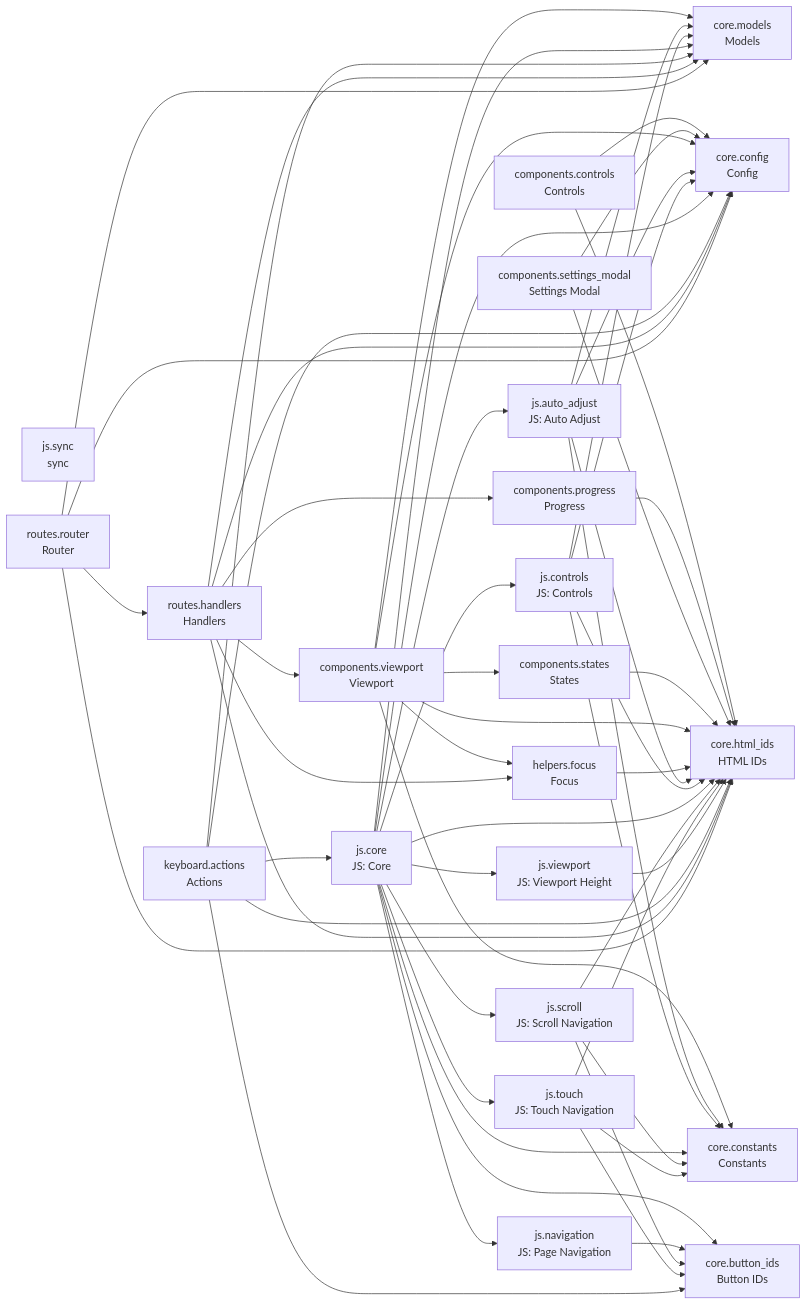
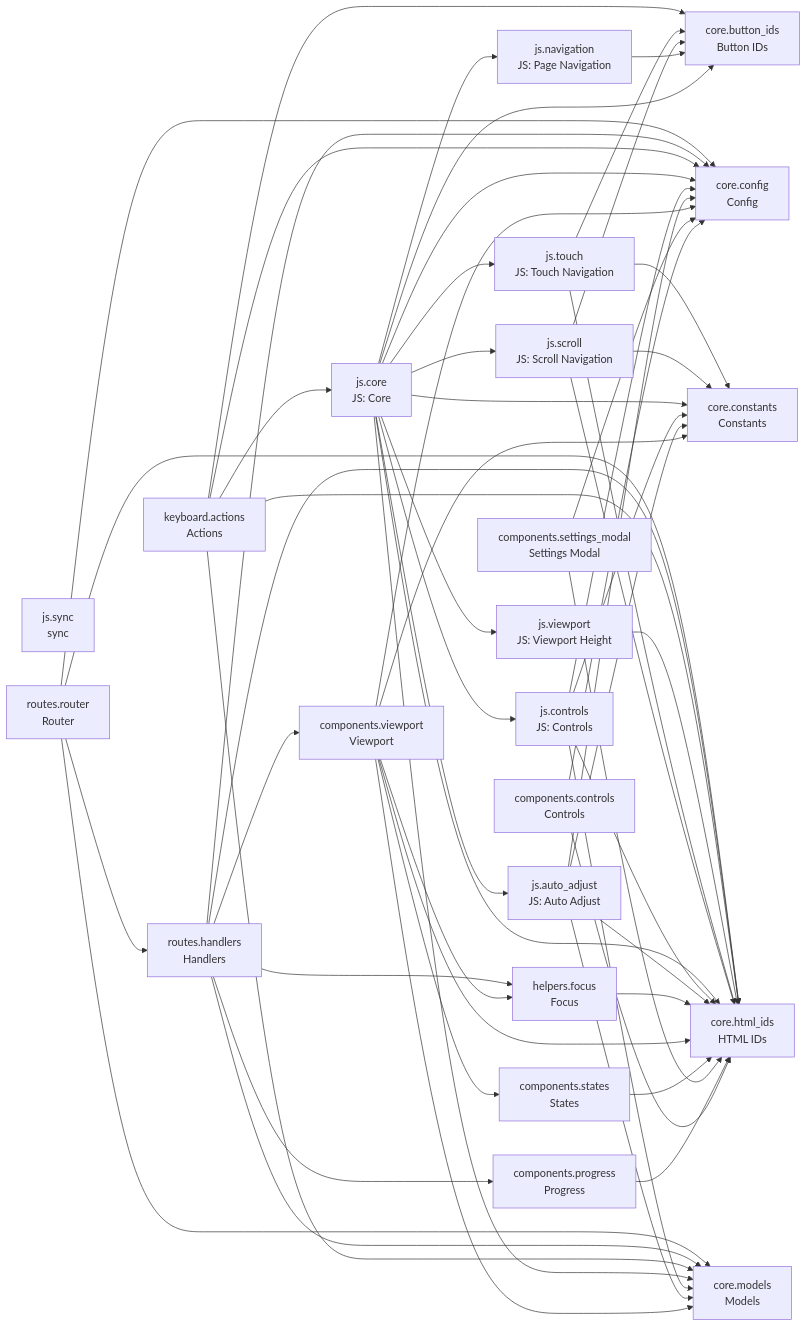
One commit to cj-mills/cjm-fasthtml-card-stack changed the diagram in README.md. Above: the diagram before and after it, drawn with Mermaid. The commit also changed other lines of this file and 10 other files, not shown here.

````diff
--- a/README.md
+++ b/README.md
@@ -48,81 +48,81 @@
 ``` mermaid
 graph LR
     components_controls[components.controls<br/>Controls]
     components_progress[components.progress<br/>Progress]
     components_settings_modal[components.settings_modal<br/>Settings Modal]
     components_states[components.states<br/>States]
     components_viewport[components.viewport<br/>Viewport]
     core_button_ids[core.button_ids<br/>Button IDs]
     core_config[core.config<br/>Config]
     core_constants[core.constants<br/>Constants]
     core_html_ids[core.html_ids<br/>HTML IDs]
     core_models[core.models<br/>Models]
     helpers_focus[helpers.focus<br/>Focus]
     js_auto_adjust[js.auto_adjust<br/>JS: Auto Adjust]
     js_controls[js.controls<br/>JS: Controls]
     js_core[js.core<br/>JS: Core]
     js_navigation[js.navigation<br/>JS: Page Navigation]
     js_scroll[js.scroll<br/>JS: Scroll Navigation]
     js_sync[js.sync<br/>sync]
     js_touch[js.touch<br/>JS: Touch Navigation]
     js_viewport[js.viewport<br/>JS: Viewport Height]
     keyboard_actions[keyboard.actions<br/>Actions]
     routes_handlers[routes.handlers<br/>Handlers]
     routes_router[routes.router<br/>Router]
 
     components_controls --> core_config
     components_controls --> core_html_ids
     components_progress --> core_html_ids
     components_settings_modal --> core_config
     components_settings_modal --> core_html_ids
     components_states --> core_html_ids
-    components_viewport --> core_constants
+    components_viewport --> core_config
+    components_viewport --> core_html_ids
     components_viewport --> core_models
     components_viewport --> helpers_focus
-    components_viewport --> core_config
     components_viewport --> components_states
-    components_viewport --> core_html_ids
+    components_viewport --> core_constants
     helpers_focus --> core_html_ids
+    js_auto_adjust --> core_constants
     js_auto_adjust --> core_config
+    js_auto_adjust --> core_html_ids
     js_auto_adjust --> core_models
-    js_auto_adjust --> core_constants
-    js_auto_adjust --> core_html_ids
     js_controls --> core_constants
     js_controls --> core_config
+    js_controls --> core_html_ids
     js_controls --> core_models
-    js_controls --> core_html_ids
+    js_core --> core_constants
+    js_core --> js_controls
+    js_core --> js_viewport
+    js_core --> core_button_ids
+    js_core --> core_config
+    js_core --> core_html_ids
     js_core --> js_scroll
+    js_core --> core_models
+    js_core --> js_touch
     js_core --> js_auto_adjust
-    js_core --> js_controls
-    js_core --> core_models
-    js_core --> core_constants
-    js_core --> core_config
     js_core --> js_navigation
-    js_core --> core_button_ids
-    js_core --> js_viewport
-    js_core --> js_touch
-    js_core --> core_html_ids
     js_navigation --> core_button_ids
     js_scroll --> core_constants
     js_scroll --> core_button_ids
     js_scroll --> core_html_ids
+    js_touch --> core_button_ids
     js_touch --> core_constants
-    js_touch --> core_button_ids
     js_touch --> core_html_ids
     js_viewport --> core_html_ids
+    keyboard_actions --> core_button_ids
+    keyboard_actions --> core_config
+    keyboard_actions --> core_html_ids
     keyboard_actions --> core_models
-    keyboard_actions --> core_config
     keyboard_actions --> js_core
-    keyboard_actions --> core_button_ids
-    keyboard_actions --> core_html_ids
+    routes_handlers --> components_progress
+    routes_handlers --> components_viewport
     routes_handlers --> helpers_focus
-    routes_handlers --> components_viewport
-    routes_handlers --> core_models
-    routes_handlers --> components_progress
     routes_handlers --> core_config
     routes_handlers --> core_html_ids
+    routes_handlers --> core_models
+    routes_router --> routes_handlers
+    routes_router --> core_config
+    routes_router --> core_html_ids
     routes_router --> core_models
-    routes_router --> core_config
-    routes_router --> routes_handlers
-    routes_router --> core_html_ids
 ```
````
